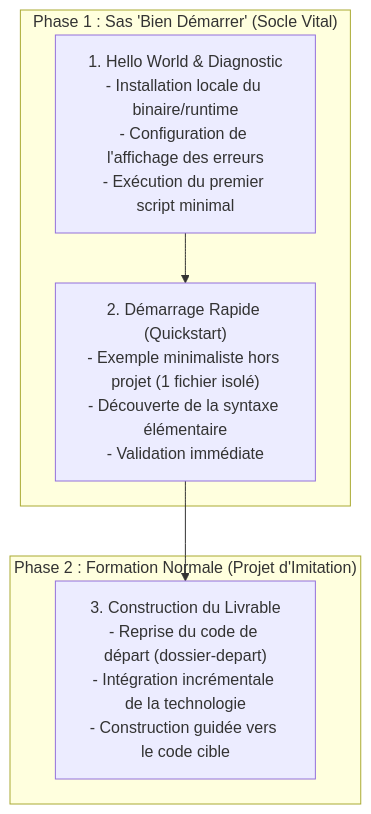
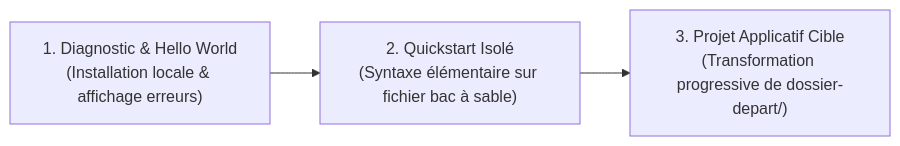
Before and after one commit to solicode-web-mobile/autoformations-professionaliser: the diagram in .agents/skills/tutorial-planer/resources/methode-bien-demarrer.md, drawn with Mermaid. The commit also changed other lines of this file and 9 other files, not shown here.

````diff
--- a/.agents/skills/tutorial-planer/resources/methode-bien-demarrer.md
+++ b/.agents/skills/tutorial-planer/resources/methode-bien-demarrer.md
@@ -19,13 +5,4 @@
 ```mermaid
-flowchart TD
-    subgraph S1["Phase 1 : Sas 'Bien Démarrer' (Socle Vital)"]
-        HW["1. Hello World & Diagnostic<br>- Installation locale du binaire/runtime<br>- Configuration de l'affichage des erreurs<br>- Exécution du premier script minimal"]
-        QS["2. Démarrage Rapide (Quickstart)<br>- Exemple minimaliste hors projet (1 fichier isolé)<br>- Découverte de la syntaxe élémentaire<br>- Validation immédiate"]
-    end
-
-    subgraph S2["Phase 2 : Formation Normale (Projet d'Imitation)"]
-        IM["3. Construction du Livrable<br>- Reprise du code de départ (dossier-depart)<br>- Intégration incrémentale de la technologie<br>- Construction guidée vers le code cible"]
-    end
-
-    HW --> QS --> IM
+flowchart LR
+    A["1. Diagnostic & Hello World<br>(Installation locale & affichage erreurs)"] --> B["2. Quickstart Isolé<br>(Syntaxe élémentaire sur fichier bac à sable)"] --> C["3. Projet Applicatif Cible<br>(Transformation progressive de dossier-depart/)"]
 ```
````
